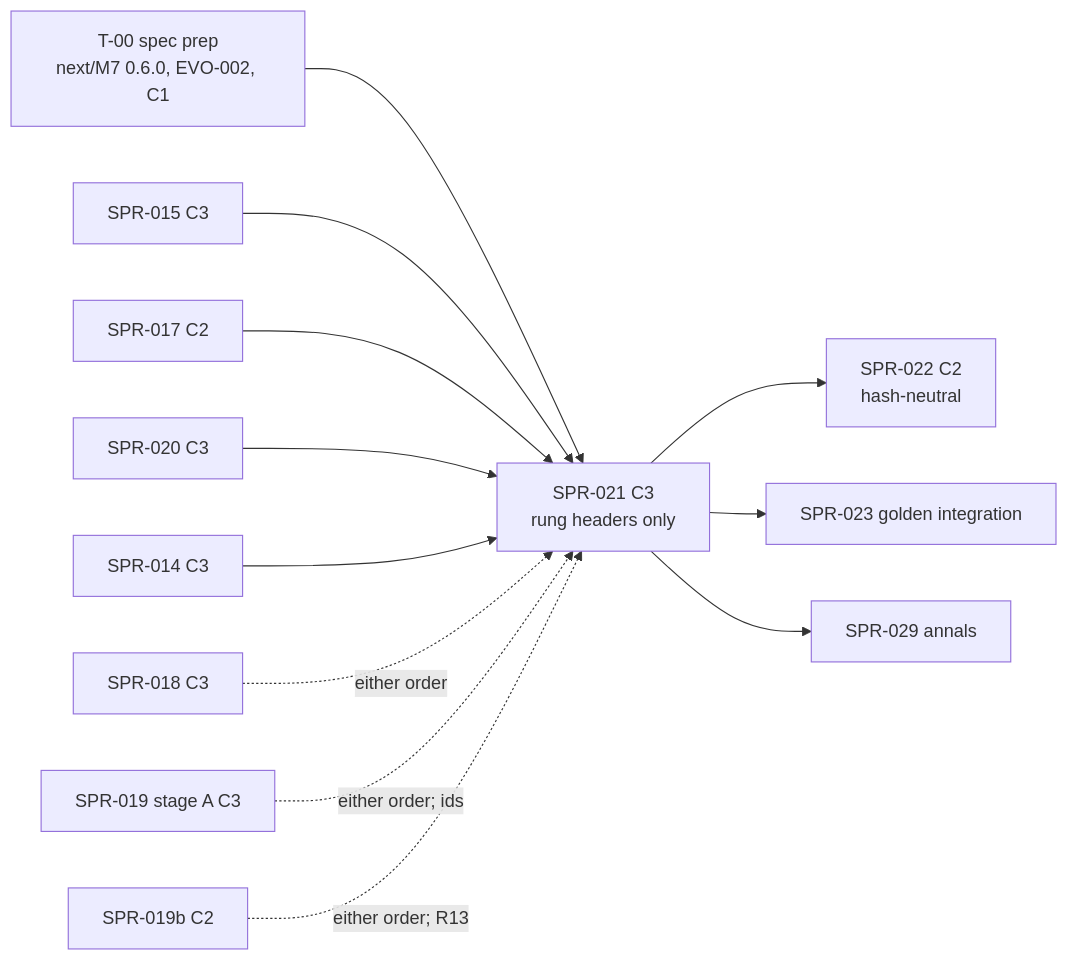
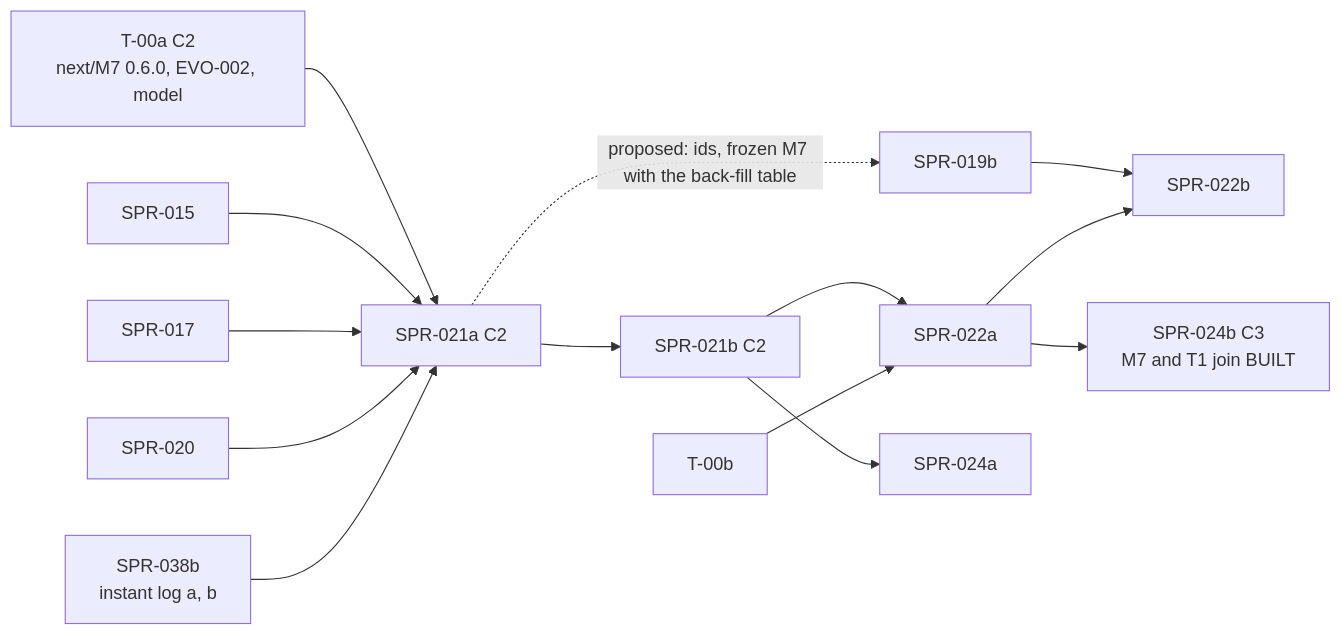
One commit to BigRigVibeCoder/Rehoboam changed the diagram in CODEX/05_PROJECT/SPR-021_SuccessionF1.md. Above: the diagram before and after it, drawn with Mermaid. The commit also changed other lines of this file and 4 other files, not shown here.

````diff
--- a/CODEX/05_PROJECT/SPR-021_SuccessionF1.md
+++ b/CODEX/05_PROJECT/SPR-021_SuccessionF1.md
@@ -300,14 +291,16 @@
 ```mermaid
 flowchart LR
-  T00[T-00 spec prep<br/>next/M7 0.6.0, EVO-002, C1] --> S021[SPR-021 C3<br/>rung headers only]
-  S015[SPR-015 C3] --> S021
-  S017[SPR-017 C2] --> S021
-  S020[SPR-020 C3] --> S021
-  S014[SPR-014 C3] --> S021
-  S018[SPR-018 C3] -.either order.-> S021
-  S019[SPR-019 stage A C3] -.either order; ids.-> S021
-  S019b[SPR-019b C2] -.either order; R13.-> S021
-  S021 --> S022[SPR-022 C2<br/>hash-neutral]
-  S021 --> S023i[SPR-023 golden integration]
-  S021 --> S029[SPR-029 annals]
+  T00a[T-00a C2<br/>next/M7 0.6.0, EVO-002, model] --> S021a[SPR-021a C2]
+  S015[SPR-015] --> S021a
+  S017[SPR-017] --> S021a
+  S020[SPR-020] --> S021a
+  S038b[SPR-038b<br/>instant log a, b] --> S021a
+  S021a --> S021b[SPR-021b C2]
+  S021a -.proposed: ids, frozen M7 with the back-fill table.-> S019b[SPR-019b]
+  S021b --> S022a[SPR-022a]
+  T00b[T-00b] --> S022a
+  S019b --> S022b[SPR-022b]
+  S022a --> S022b
+  S021b --> S024a[SPR-024a]
+  S022a --> S024b[SPR-024b C3<br/>M7 and T1 join BUILT]
 ```
````
